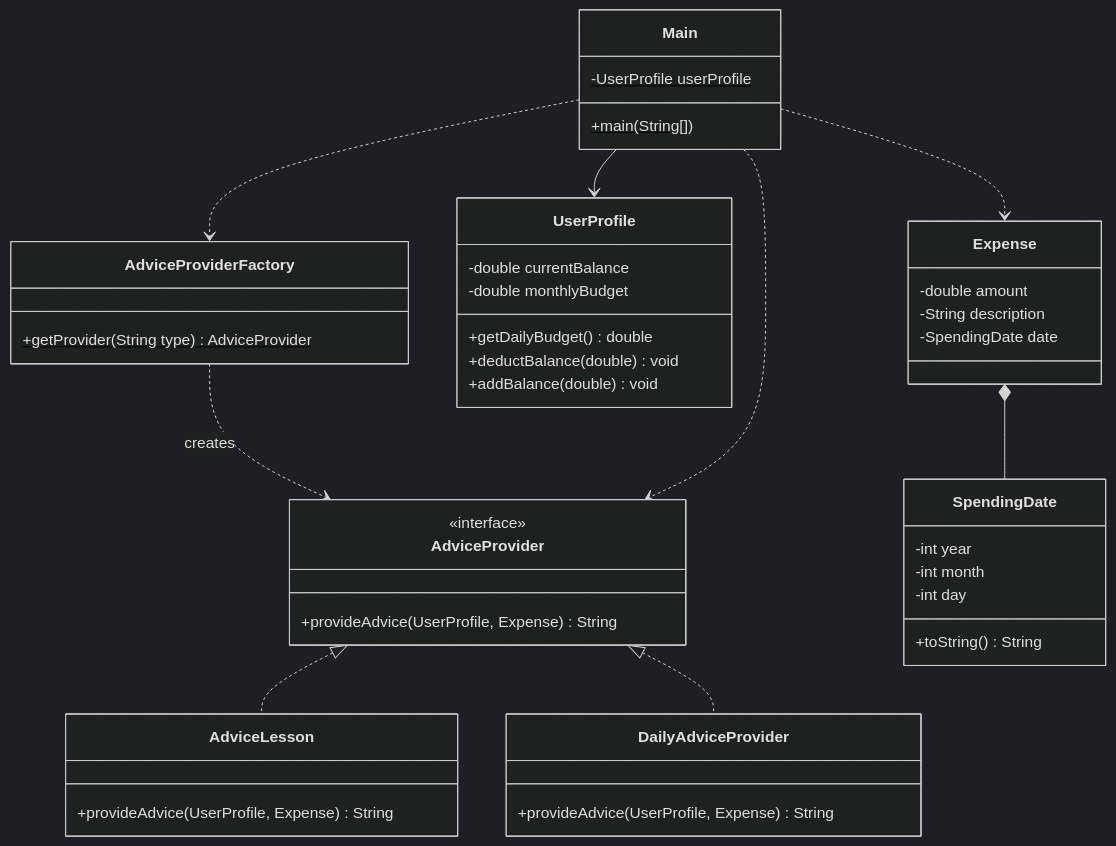
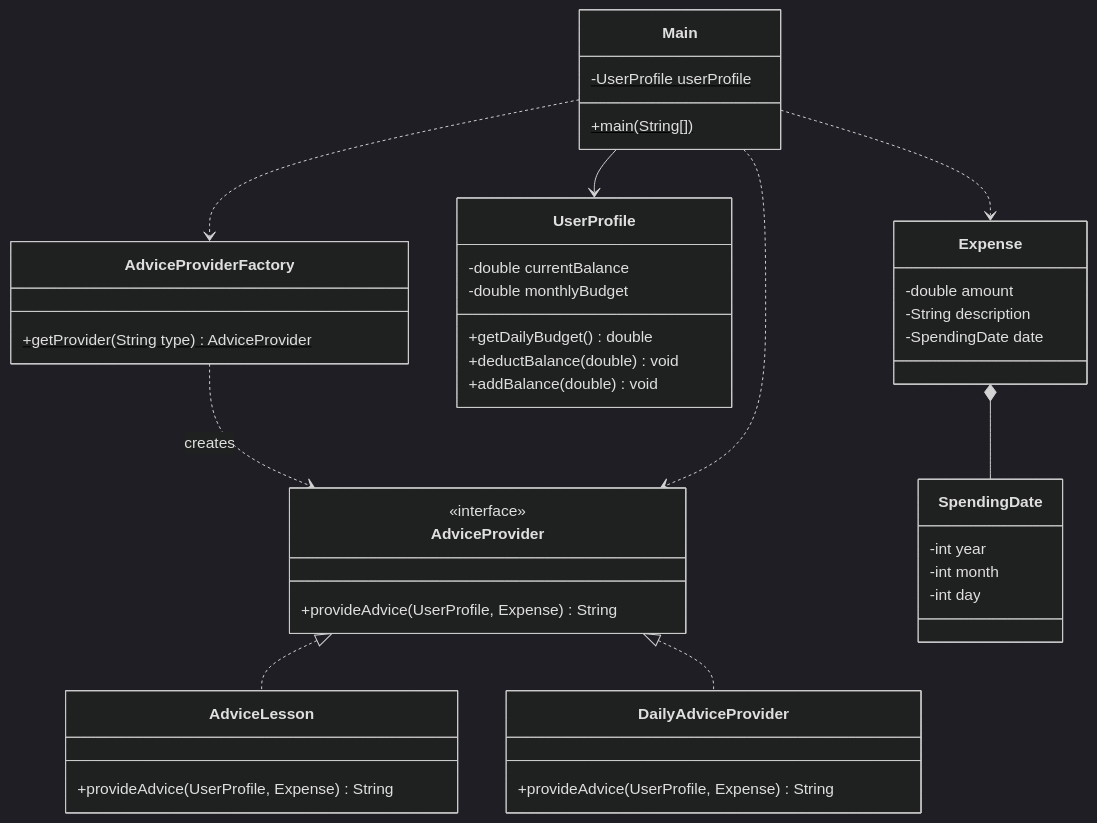
The fourth of 5 diagrams in _posts/2026-11-05-Design_Pattern_06.md (YoungHoonKo/younghoonko.github.io), drawn with Mermaid (dark theme) before and after one commit. The commit also changed other lines of this file and 9 other files, not shown here.

````diff
--- a/_posts/2026-11-05-Design_Pattern_06.md
+++ b/_posts/2026-11-05-Design_Pattern_06.md
@@ -52,47 +274,46 @@
 ```mermaid
 classDiagram
     direction TB
     class AdviceProvider {
         <<interface>>
         +provideAdvice(UserProfile, Expense) String
     }
     class AdviceLesson {
         +provideAdvice(UserProfile, Expense) String
     }
     class DailyAdviceProvider {
         +provideAdvice(UserProfile, Expense) String
     }
     class AdviceProviderFactory {
         +getProvider(String type)$ AdviceProvider
     }
     class UserProfile {
         -double currentBalance
         -double monthlyBudget
         +getDailyBudget() double
         +deductBalance(double) void
         +addBalance(double) void
     }
     class Expense {
         -double amount
         -String description
         -SpendingDate date
     }
     class SpendingDate {
         -int year
         -int month
         -int day
-        +toString() String
     }
     class Main {
         -UserProfile userProfile$
         +main(String[])$
     }
     AdviceProvider <|.. AdviceLesson
     AdviceProvider <|.. DailyAdviceProvider
     AdviceProviderFactory ..> AdviceProvider : creates
     Expense *-- SpendingDate
     Main --> UserProfile
     Main ..> AdviceProviderFactory
     Main ..> AdviceProvider
     Main ..> Expense
 ```
````
